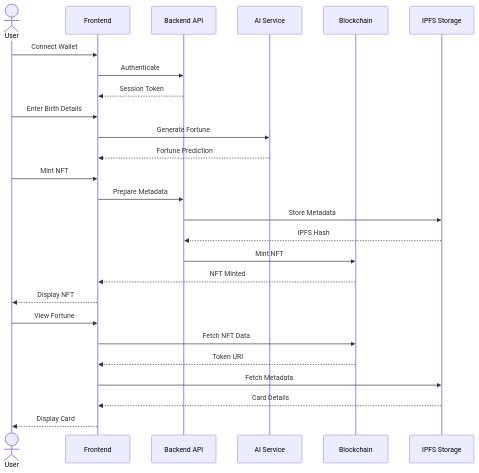
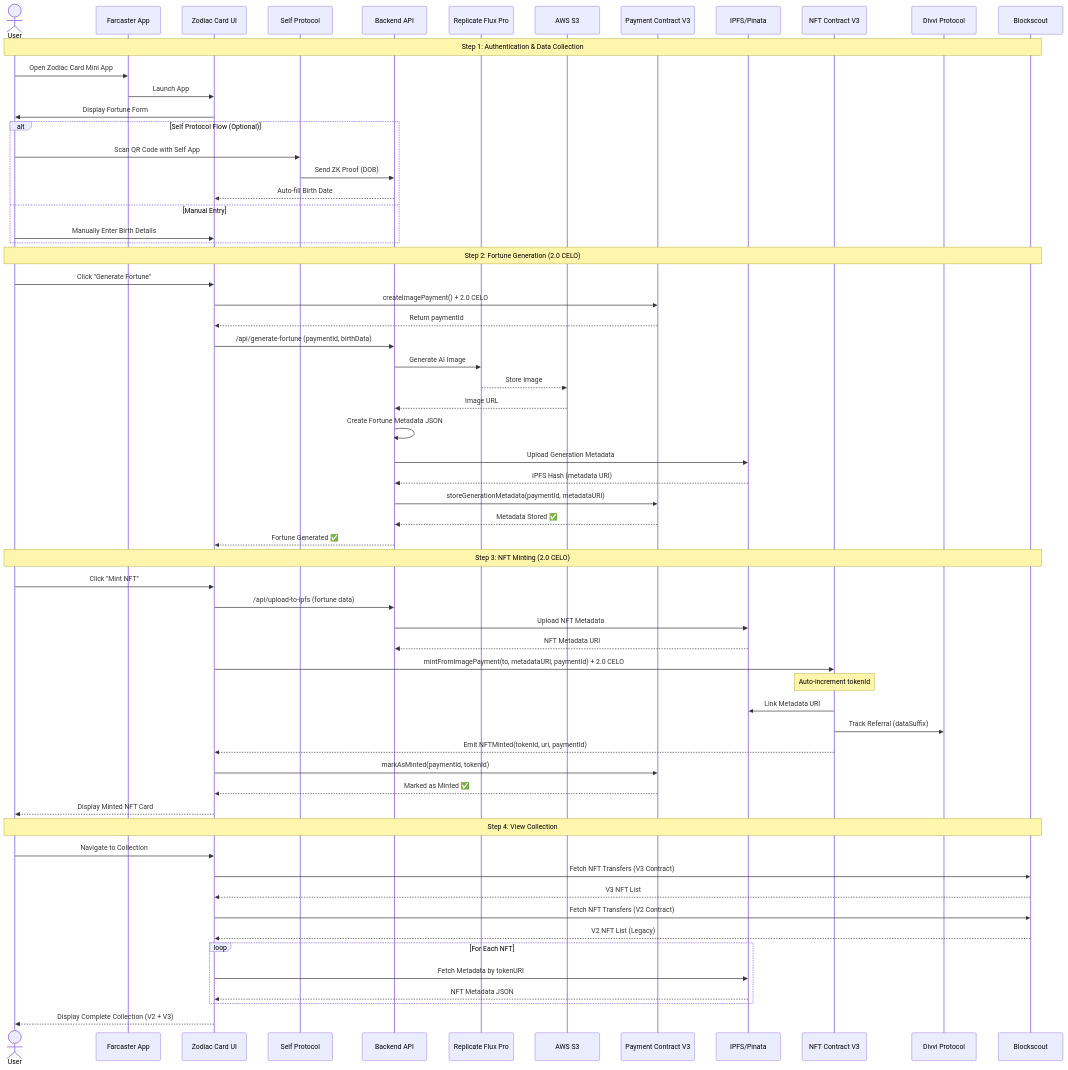
One commit to JulioMCruz/ZodiacCards changed the second of 2 diagrams in README.md. Above: the diagram before and after it, drawn with Mermaid. The commit also changed other lines of this file and 20 other files, not shown here.

First line of the commit message:
Update app with V3 architecture

````diff
--- a/README.md
+++ b/README.md
@@ -116,32 +193,77 @@
 ```mermaid
 sequenceDiagram
     actor User
-    participant UI as Frontend
+    participant FC as Farcaster App
+    participant UI as Zodiac Card UI
+    participant SELF as Self Protocol
     participant API as Backend API
-    participant AI as AI Service
-    participant BC as Blockchain
-    participant IPFS as IPFS Storage
+    participant Flux as Replicate Flux Pro
+    participant S3 as AWS S3
+    participant PayV3 as Payment Contract V3
+    participant IPFS as IPFS/Pinata
+    participant NFTV3 as NFT Contract V3
+    participant Divvi as Divvi Protocol
+    participant BS as Blockscout
 
-    User->>UI: Connect Wallet
-    UI->>API: Authenticate
-    API-->>UI: Session Token
+    Note over User,BS: Step 1: Authentication & Data Collection
+    User->>FC: Open Zodiac Card Mini App
+    FC->>UI: Launch App
+    UI->>User: Display Fortune Form
 
-    User->>UI: Enter Birth Details
-    UI->>AI: Generate Fortune
-    AI-->>UI: Fortune Prediction
+    alt Self Protocol Flow (Optional)
+        User->>SELF: Scan QR Code with Self App
+        SELF->>API: Send ZK Proof (DOB)
+        API-->>UI: Auto-fill Birth Date
+    else Manual Entry
+        User->>UI: Manually Enter Birth Details
+    end
 
-    User->>UI: Mint NFT
-    UI->>API: Prepare Metadata
-    API->>IPFS: Store Metadata
-    IPFS-->>API: IPFS Hash
-    API->>BC: Mint NFT
-    BC-->>UI: NFT Minted
-    UI-->>User: Display NFT
+    Note over User,BS: Step 2: Fortune Generation (2.0 CELO)
+    User->>UI: Click "Generate Fortune"
+    UI->>PayV3: createImagePayment() + 2.0 CELO
+    PayV3-->>UI: Return paymentId
 
-    User->>UI: View Fortune
-    UI->>BC: Fetch NFT Data
-    BC-->>UI: Token URI
-    UI->>IPFS: Fetch Metadata
-    IPFS-->>UI: Card Details
-    UI-->>User: Display Card
+    UI->>API: /api/generate-fortune (paymentId, birthData)
+    API->>Flux: Generate AI Image
+    Flux-->>S3: Store Image
+    S3-->>API: Image URL
+
+    API->>API: Create Fortune Metadata JSON
+    API->>IPFS: Upload Generation Metadata
+    IPFS-->>API: IPFS Hash (metadata URI)
+
+    API->>PayV3: storeGenerationMetadata(paymentId, metadataURI)
+    PayV3-->>API: Metadata Stored ✅
+    API-->>UI: Fortune Generated ✅
+
+    Note over User,BS: Step 3: NFT Minting (2.0 CELO)
+    User->>UI: Click "Mint NFT"
+    UI->>API: /api/upload-to-ipfs (fortune data)
+    API->>IPFS: Upload NFT Metadata
+    IPFS-->>API: NFT Metadata URI
+
+    UI->>NFTV3: mintFromImagePayment(to, metadataURI, paymentId) + 2.0 CELO
+    Note over NFTV3: Auto-increment tokenId
+    NFTV3->>IPFS: Link Metadata URI
+    NFTV3->>Divvi: Track Referral (dataSuffix)
+    NFTV3-->>UI: Emit NFTMinted(tokenId, uri, paymentId)
+
+    UI->>PayV3: markAsMinted(paymentId, tokenId)
+    PayV3-->>UI: Marked as Minted ✅
+
+    UI-->>User: Display Minted NFT Card
+
+    Note over User,BS: Step 4: View Collection
+    User->>UI: Navigate to Collection
+    UI->>BS: Fetch NFT Transfers (V3 Contract)
+    BS-->>UI: V3 NFT List
+    UI->>BS: Fetch NFT Transfers (V2 Contract)
+    BS-->>UI: V2 NFT List (Legacy)
+
+    loop For Each NFT
+        UI->>IPFS: Fetch Metadata by tokenURI
+        IPFS-->>UI: NFT Metadata JSON
+    end
+
+    UI-->>User: Display Complete Collection (V2 + V3)
 ```
````
